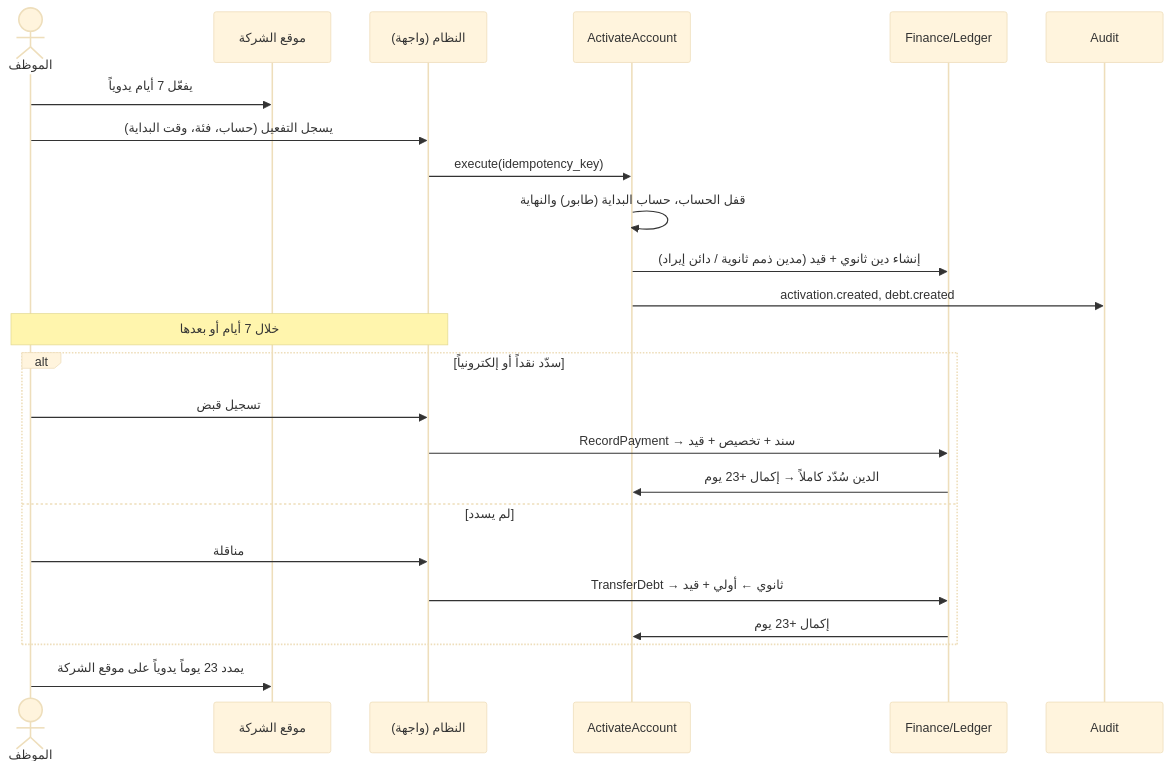
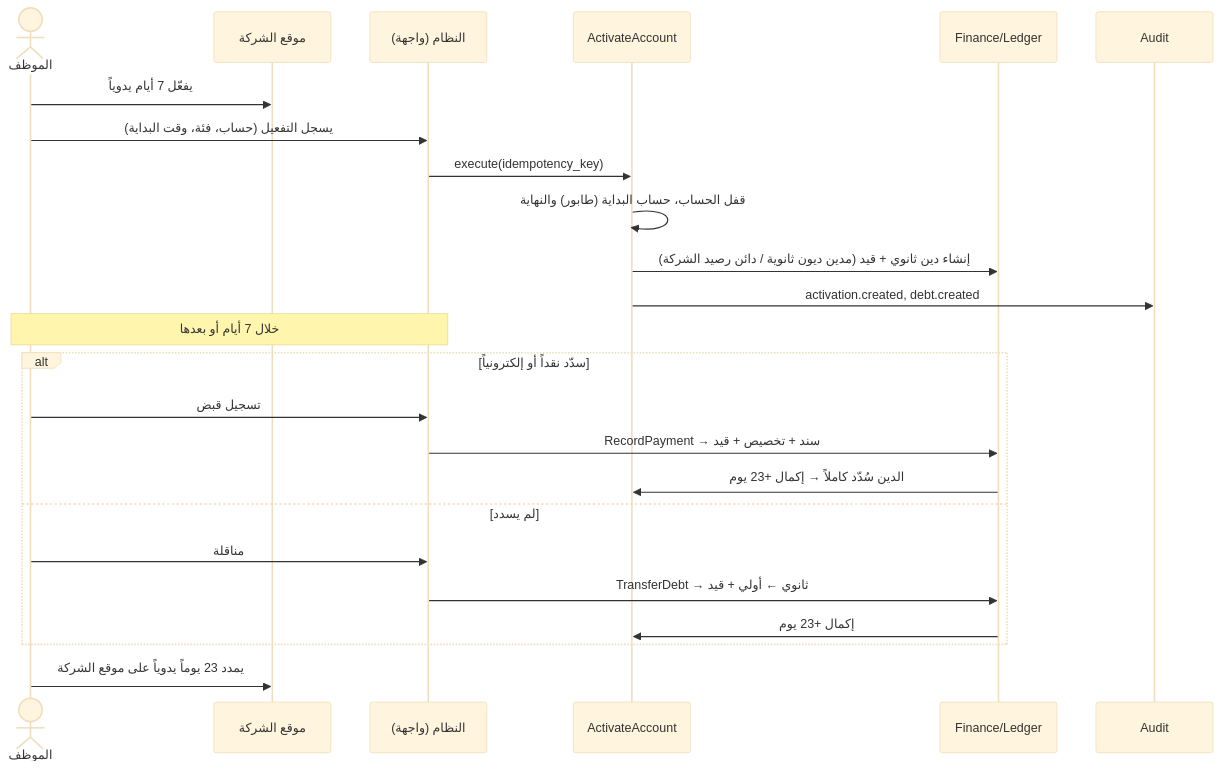
The second of 2 diagrams in docs/architecture/01-architecture.md (omarsky1992/test), drawn with Mermaid (base theme) before and after one commit. The commit also changed other lines of this file and 7 other files, not shown here.

First line of the commit message:
Revise architecture after second review round

````diff
--- a/docs/architecture/01-architecture.md
+++ b/docs/architecture/01-architecture.md
@@ -94,26 +95,26 @@
 ```mermaid
 sequenceDiagram
     actor E as الموظف
     participant Site as موقع الشركة
     participant UI as النظام (واجهة)
     participant ACT as ActivateAccount
     participant FIN as Finance/Ledger
     participant AUD as Audit
     E->>Site: يفعّل 7 أيام يدوياً
     E->>UI: يسجل التفعيل (حساب، فئة، وقت البداية)
     UI->>ACT: execute(idempotency_key)
     ACT->>ACT: قفل الحساب، حساب البداية (طابور) والنهاية
-    ACT->>FIN: إنشاء دين ثانوي + قيد (مدين ذمم ثانوية / دائن إيراد)
+    ACT->>FIN: إنشاء دين ثانوي + قيد (مدين ديون ثانوية / دائن رصيد الشركة)
     ACT->>AUD: activation.created, debt.created
     Note over E,UI: خلال 7 أيام أو بعدها
     alt سدّد نقداً أو إلكترونياً
         E->>UI: تسجيل قبض
         UI->>FIN: RecordPayment → سند + تخصيص + قيد
         FIN->>ACT: الدين سُدّد كاملاً → إكمال +23 يوم
     else لم يسدد
         E->>UI: مناقلة
         UI->>FIN: TransferDebt → ثانوي ← أولي + قيد
         FIN->>ACT: إكمال +23 يوم
     end
     E->>Site: يمدد 23 يوماً يدوياً على موقع الشركة
 ```
````
